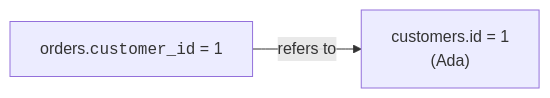
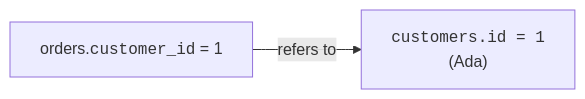
Before and after one commit to dataslope/dataslope: the second of 3 diagrams in content/learn/intro-sql-postgres/foreign-keys.mdx, drawn with Mermaid. The commit also changed other lines of this file and 100 other files, not shown here.

First line of the commit message:
Wrap more code in diagram labels: filenames, hex, assignments, subgraph titles

````diff
--- a/content/learn/intro-sql-postgres/foreign-keys.mdx
+++ b/content/learn/intro-sql-postgres/foreign-keys.mdx
@@ -35,4 +35,4 @@
 ```mermaid
 flowchart LR
-    O["orders.<code>customer_id</code> = 1"] -->|"refers to"| C["customers.id = 1<br/>(Ada)"]
+    O["orders.<code>customer_id</code> = 1"] -->|"refers to"| C["<code>customers.id = 1</code><br/>(Ada)"]
 ```
````
